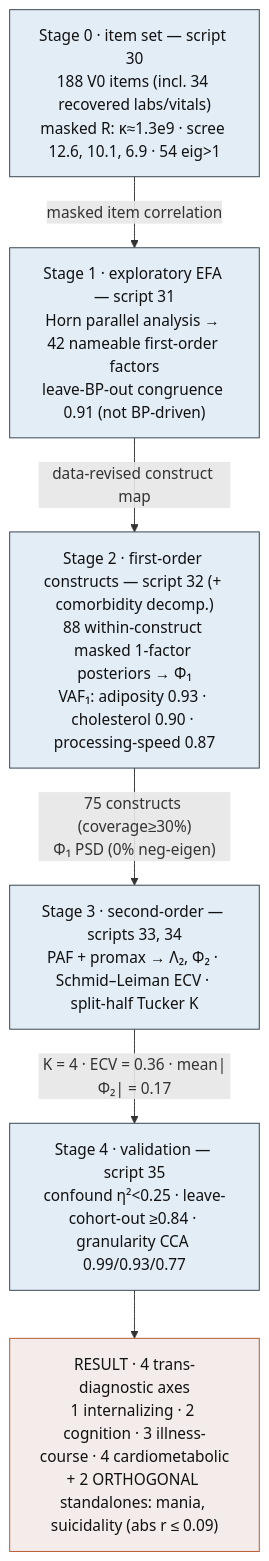
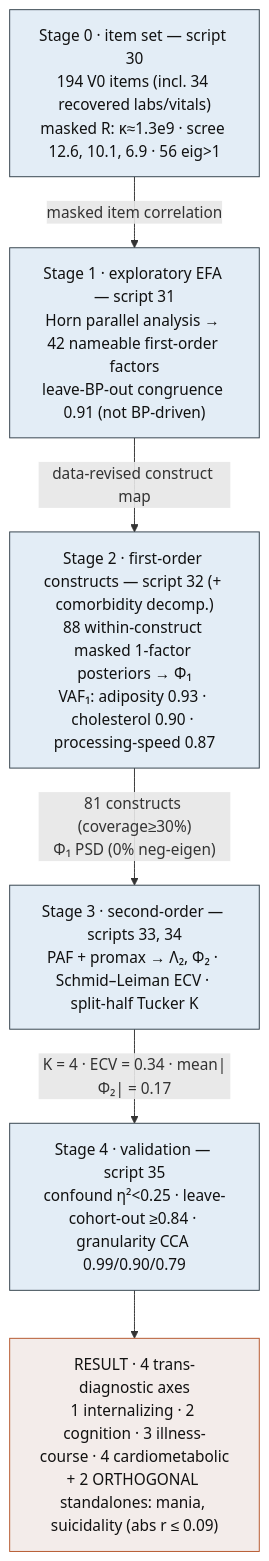
Before and after one commit to AndriiKulakovskyi/face-trans-diagnostic-phenotypes: the sixth of 10 diagrams in docs/PIPELINE.md, drawn with Mermaid. The commit also changed other lines of this file and 8 other files, not shown here.

````diff
--- a/docs/PIPELINE.md
+++ b/docs/PIPELINE.md
@@ -181,16 +181,16 @@
 ```mermaid
 flowchart TB
     classDef model fill:#E3EDF6,stroke:#33414b,color:#111
     classDef out   fill:#F3ECEA,stroke:#B5562B,color:#111
 
-    S0["Stage 0 · item set — script 30<br/>188 V0 items (incl. 34 recovered labs/vitals)<br/>masked R: κ≈1.3e9 · scree 12.6, 10.1, 6.9 · 54 eig>1"]:::model
+    S0["Stage 0 · item set — script 30<br/>194 V0 items (incl. 34 recovered labs/vitals)<br/>masked R: κ≈1.3e9 · scree 12.6, 10.1, 6.9 · 56 eig>1"]:::model
     S0 -->|"masked item correlation"| S1
     S1["Stage 1 · exploratory EFA — script 31<br/>Horn parallel analysis → 42 nameable first-order factors<br/>leave-BP-out congruence 0.91 (not BP-driven)"]:::model
     S1 -->|"data-revised construct map"| S2
     S2["Stage 2 · first-order constructs — script 32 (+ comorbidity decomp.)<br/>88 within-construct masked 1-factor posteriors → Φ₁<br/>VAF₁: adiposity 0.93 · cholesterol 0.90 · processing-speed 0.87"]:::model
-    S2 -->|"75 constructs (coverage≥30%)<br/>Φ₁ PSD (0% neg-eigen)"| S3
+    S2 -->|"81 constructs (coverage≥30%)<br/>Φ₁ PSD (0% neg-eigen)"| S3
     S3["Stage 3 · second-order — scripts 33, 34<br/>PAF + promax → Λ₂, Φ₂ · Schmid–Leiman ECV · split-half Tucker K"]:::model
-    S3 -->|"K = 4 · ECV = 0.36 · mean|Φ₂| = 0.17"| S4
-    S4["Stage 4 · validation — script 35<br/>confound η²<0.25 · leave-cohort-out ≥0.84 · granularity CCA 0.99/0.93/0.77"]:::model
+    S3 -->|"K = 4 · ECV = 0.34 · mean|Φ₂| = 0.17"| S4
+    S4["Stage 4 · validation — script 35<br/>confound η²<0.25 · leave-cohort-out ≥0.84 · granularity CCA 0.99/0.90/0.79"]:::model
     S4 --> AX["RESULT · 4 trans-diagnostic axes<br/>1 internalizing · 2 cognition · 3 illness-course · 4 cardiometabolic<br/>+ 2 ORTHOGONAL standalones: mania, suicidality (abs r ≤ 0.09)"]:::out
 ```
````
